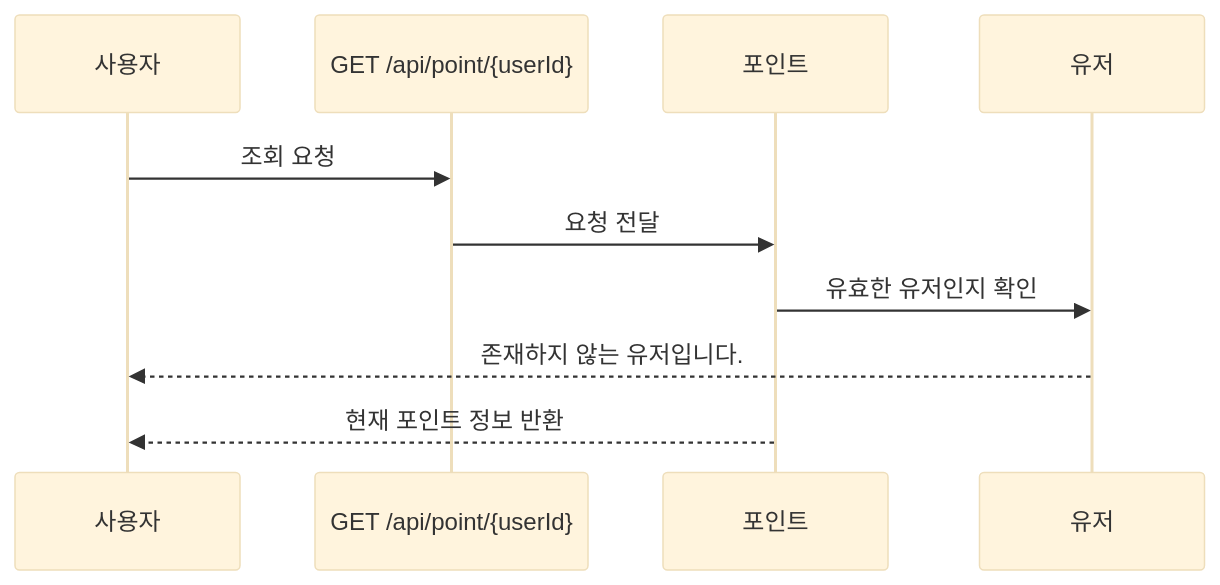
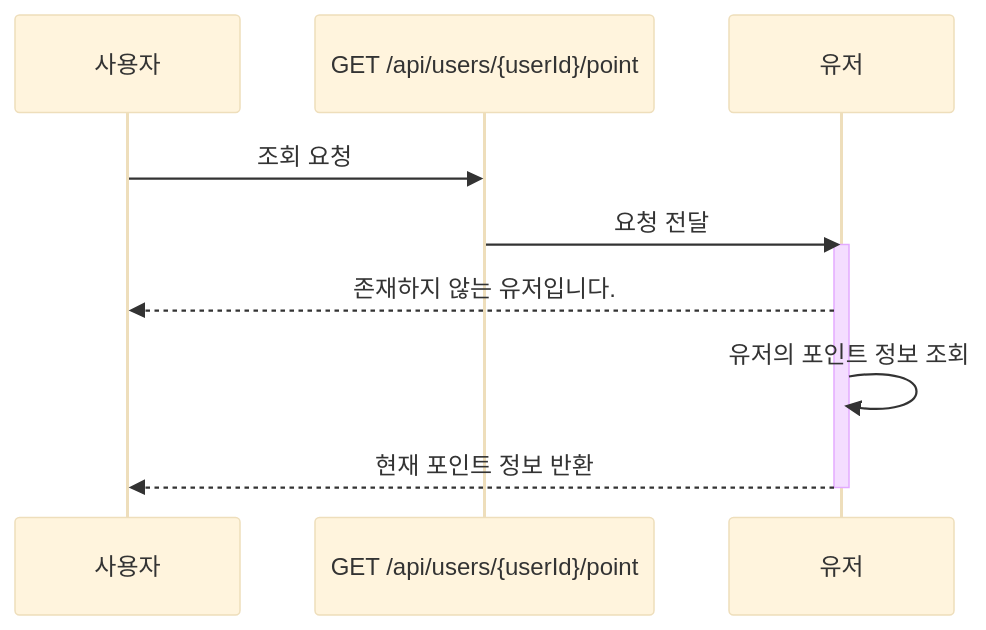
Before and after one commit to Ksanbal/Concert-Reservation-API: diagram 11 of 14 in README.md, drawn with Mermaid (base theme). The commit also changed other lines of this file, not shown here.

Commit message:
:books:Docs: 공연, 예약, 결제, 포인트 시퀀스 다이어그램 변경

````diff
--- a/README.md
+++ b/README.md
@@ -193,9 +227,11 @@
 ```mermaid
 sequenceDiagram
 
-사용자 ->> GET /api/point/{userId}: 조회 요청
-GET /api/point/{userId} ->> 포인트: 요청 전달
-포인트 ->> 유저: 유효한 유저인지 확인
+사용자 ->> GET /api/users/{userId}/point: 조회 요청
+GET /api/users/{userId}/point ->> 유저: 요청 전달
+activate 유저
 유저 -->> 사용자: 존재하지 않는 유저입니다.
-포인트 -->> 사용자: 현재 포인트 정보 반환
+유저 ->> 유저: 유저의 포인트 정보 조회
+유저 -->> 사용자: 현재 포인트 정보 반환
+deactivate 유저
 ```
````
